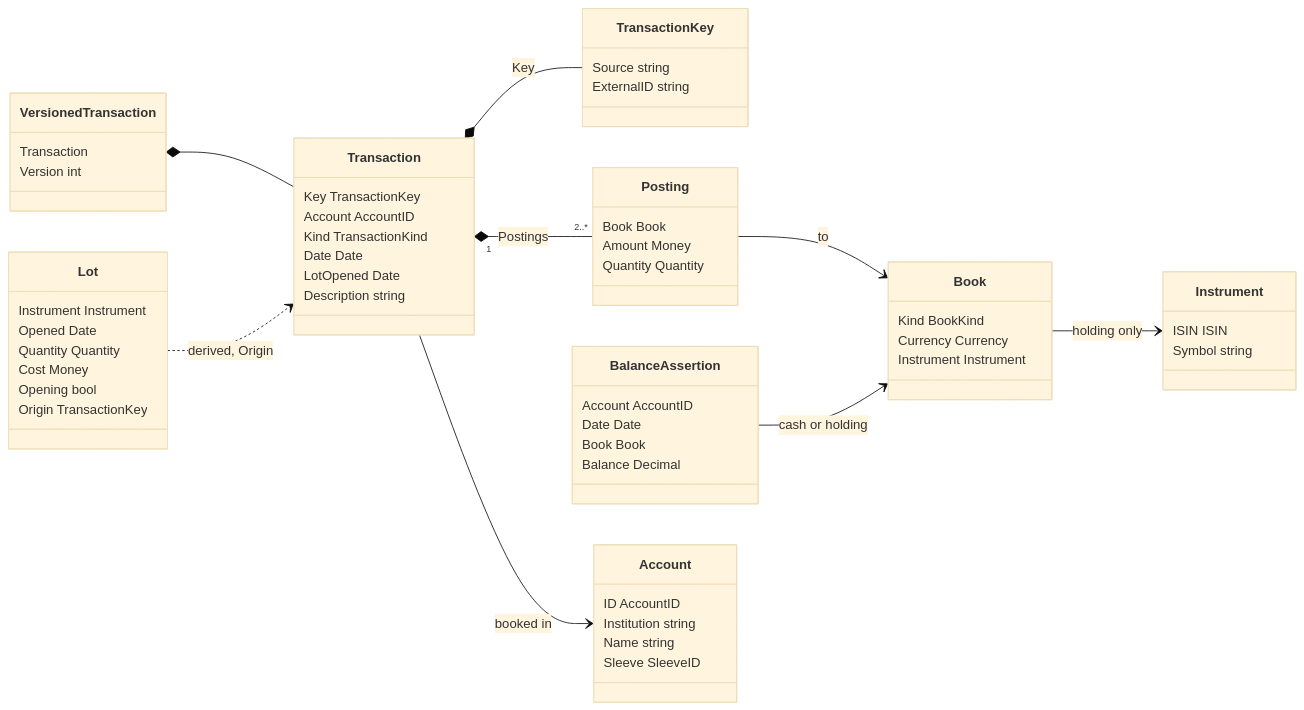
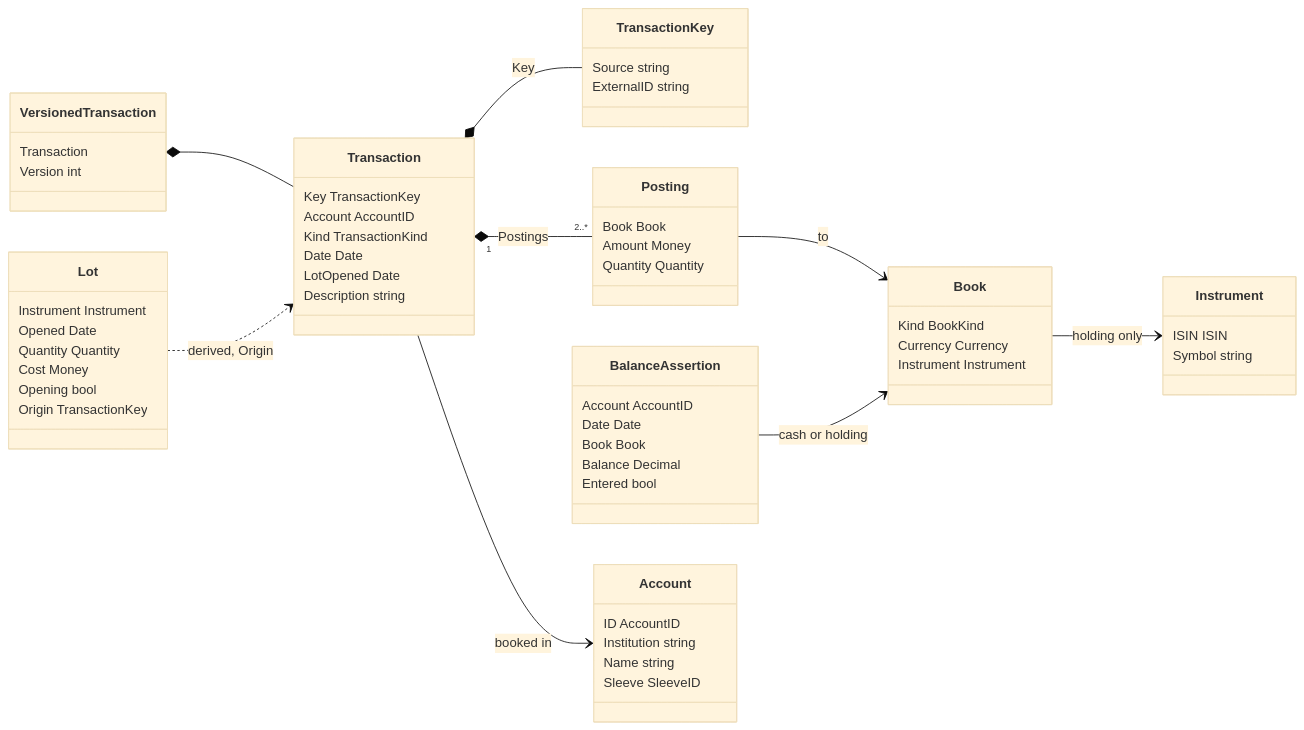
Before and after one commit to arkadiuss/openfief: the first of 4 diagrams in docs/concepts/ledger.md, drawn with Mermaid (base theme). The commit also changed other lines of this file and 166 other files, not shown here.

````diff
--- a/docs/concepts/ledger.md
+++ b/docs/concepts/ledger.md
@@ -42,62 +42,63 @@
 ```mermaid
 classDiagram
   direction LR
   class VersionedTransaction {
     Transaction
     Version int
   }
   class Transaction {
     Key TransactionKey
     Account AccountID
     Kind TransactionKind
     Date Date
     LotOpened Date
     Description string
   }
   class TransactionKey {
     Source string
     ExternalID string
   }
   class Posting {
     Book Book
     Amount Money
     Quantity Quantity
   }
   class Book {
     Kind BookKind
     Currency Currency
     Instrument Instrument
   }
   class Instrument {
     ISIN ISIN
     Symbol string
   }
   class BalanceAssertion {
     Account AccountID
     Date Date
     Book Book
     Balance Decimal
+    Entered bool
   }
   class Lot {
     Instrument Instrument
     Opened Date
     Quantity Quantity
     Cost Money
     Opening bool
     Origin TransactionKey
   }
   class Account {
     ID AccountID
     Institution string
     Name string
     Sleeve SleeveID
   }
   VersionedTransaction *-- Transaction
   Transaction *-- TransactionKey : Key
   Transaction "1" *-- "2..*" Posting : Postings
   Transaction --> Account : booked in
   Posting --> Book : to
   Book --> Instrument : holding only
   BalanceAssertion --> Book : cash or holding
   Lot ..> Transaction : derived, Origin
 ```
````
